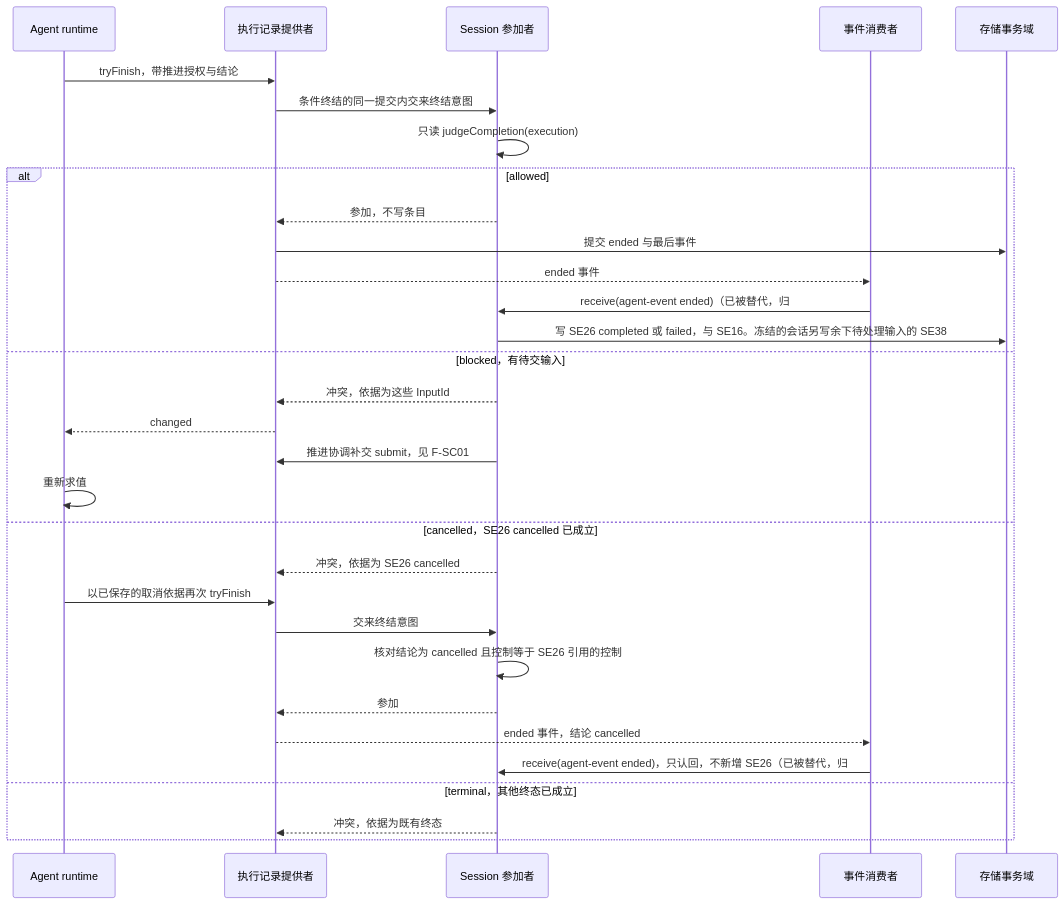
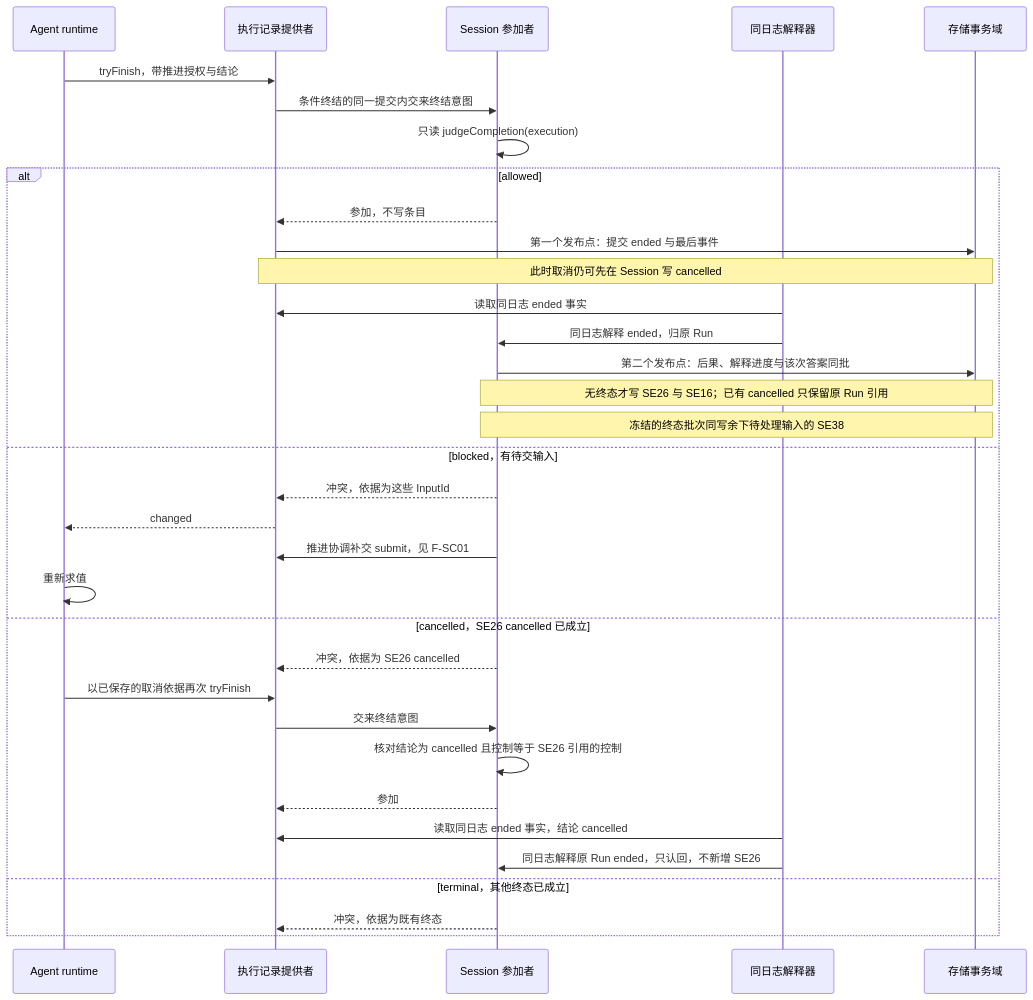
The seventh of 16 diagrams in packages/session/session-contract/docs/flows/scenarios.md (nemori-ai/omne-harness-lite), drawn with Mermaid before and after one commit. The commit also changed other lines of this file and 7 other files, not shown here.

````diff
--- a/packages/session/session-contract/docs/flows/scenarios.md
+++ b/packages/session/session-contract/docs/flows/scenarios.md
@@ -372,33 +327,36 @@
 ```mermaid
 sequenceDiagram
     participant A as Agent runtime
     participant J as 执行记录提供者
     participant S as Session 参加者
-    participant E as 事件消费者
+    participant E as 同日志解释器
     participant D as 存储事务域
     A->>J: tryFinish，带推进授权与结论
     J->>S: 条件终结的同一提交内交来终结意图
     S->>S: 只读 judgeCompletion(execution)
     alt allowed
         S-->>J: 参加，不写条目
-        J->>D: 提交 ended 与最后事件
-        J-->>E: ended 事件
-        E->>S: receive(agent-event ended)（已被替代，归 #756）
-        S->>D: 写 SE26 completed 或 failed，与 SE16。冻结的会话另写余下待处理输入的 SE38
+        J->>D: 第一个发布点：提交 ended 与最后事件
+        Note over J,D: 此时取消仍可先在 Session 写 cancelled
+        E->>J: 读取同日志 ended 事实
+        E->>S: 同日志解释 ended，归原 Run
+        S->>D: 第二个发布点：后果、解释进度与该次答案同批
+        Note over S,D: 无终态才写 SE26 与 SE16；已有 cancelled 只保留原 Run 引用
+        Note over S,D: 冻结的终态批次同写余下待处理输入的 SE38
     else blocked，有待交输入
         S-->>J: 冲突，依据为这些 InputId
         J-->>A: changed
         S->>J: 推进协调补交 submit，见 F-SC01
         A->>A: 重新求值
     else cancelled，SE26 cancelled 已成立
         S-->>J: 冲突，依据为 SE26 cancelled
         A->>J: 以已保存的取消依据再次 tryFinish
         J->>S: 交来终结意图
         S->>S: 核对结论为 cancelled 且控制等于 SE26 引用的控制
         S-->>J: 参加
-        J-->>E: ended 事件，结论 cancelled
-        E->>S: receive(agent-event ended)，只认回，不新增 SE26（已被替代，归 #756）
+        E->>J: 读取同日志 ended 事实，结论 cancelled
+        E->>S: 同日志解释原 Run ended，只认回，不新增 SE26
     else terminal，其他终态已成立
         S-->>J: 冲突，依据为既有终态
     end
 ```
````
